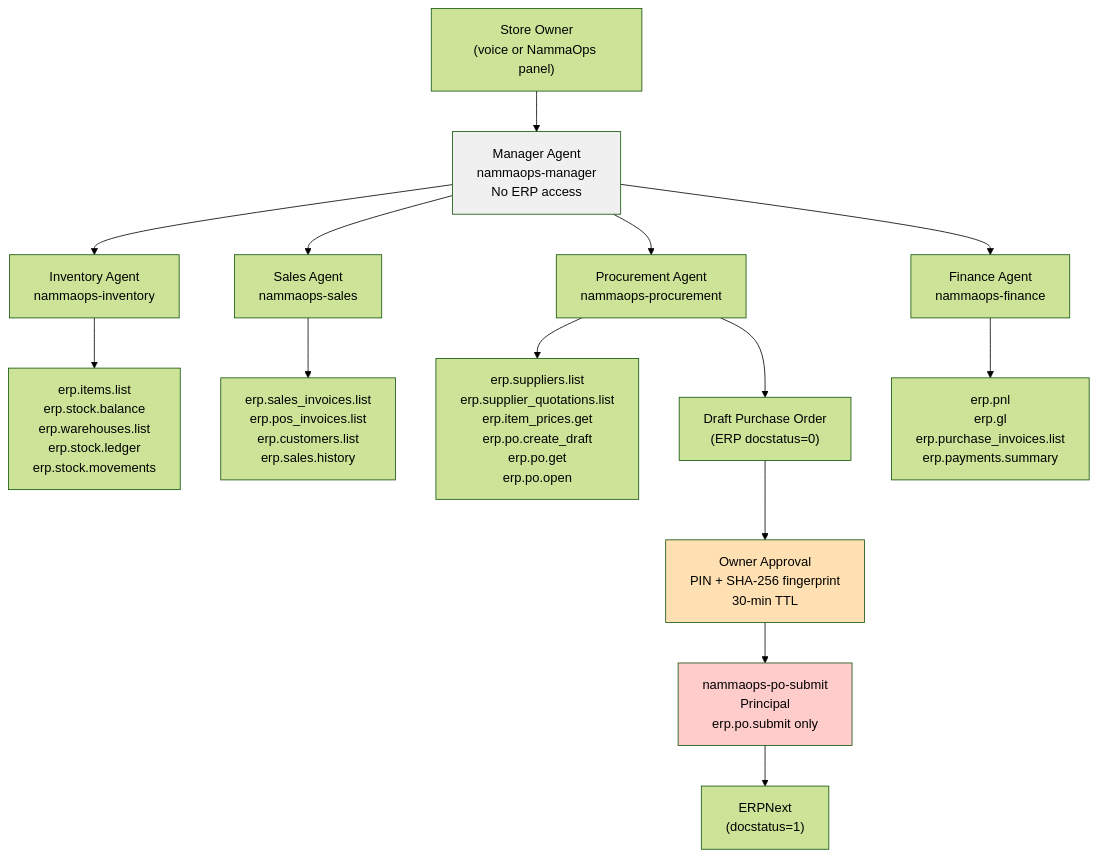
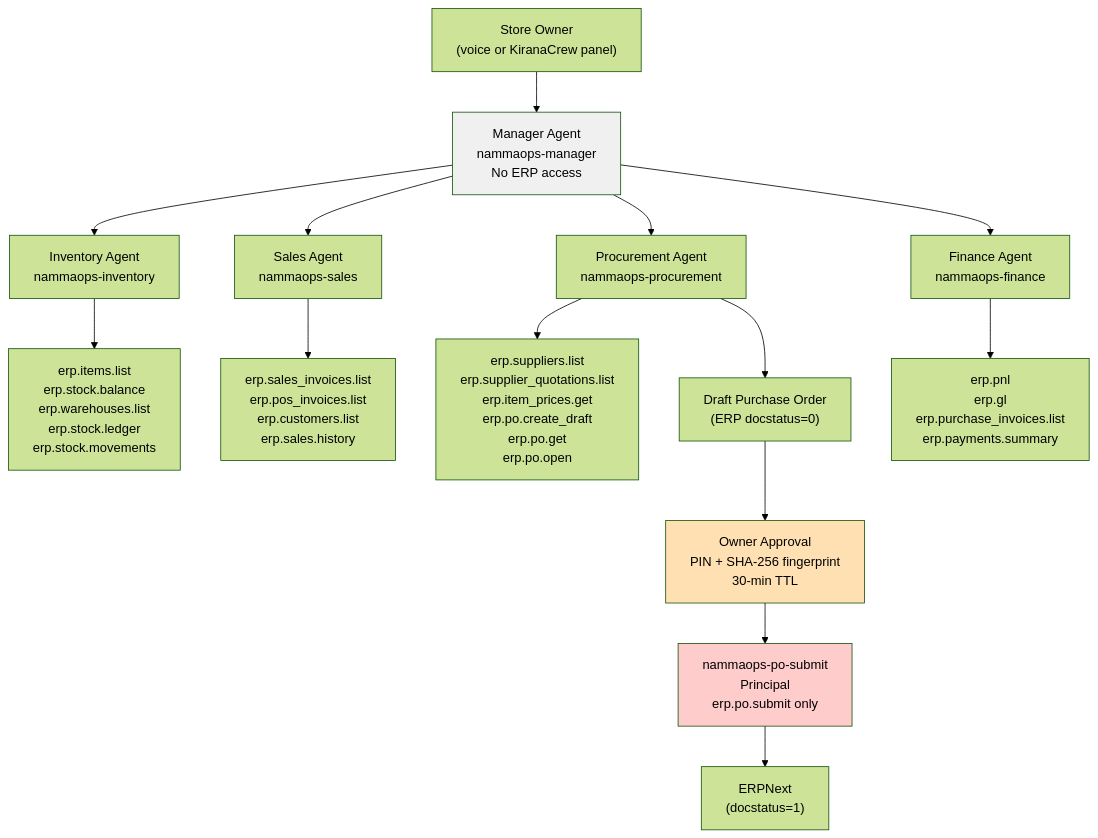
Before and after one commit to rajatnagda45/Kirana-Crew: the diagram in docs/KIRANACREW_AGENT_WORKFORCE.md, drawn with Mermaid (forest theme). The commit also changed other lines of this file and 32 other files, not shown here.

First line of the commit message:
refactor: rebrand all user-facing text to KiranaCrew

````diff
--- a/docs/KIRANACREW_AGENT_WORKFORCE.md
+++ b/docs/KIRANACREW_AGENT_WORKFORCE.md
@@ -19,25 +19,25 @@
 ```mermaid
 flowchart TD
-    Owner["Store Owner\n(voice or NammaOps panel)"] --> Manager
+    Owner["Store Owner\n(voice or KiranaCrew panel)"] --> Manager
 
     Manager["Manager Agent\nnammaops-manager\nNo ERP access"]
 
     Manager --> Inventory["Inventory Agent\nnammaops-inventory"]
     Manager --> Sales["Sales Agent\nnammaops-sales"]
     Manager --> Procurement["Procurement Agent\nnammaops-procurement"]
     Manager --> Finance["Finance Agent\nnammaops-finance"]
 
     Inventory --> ERP_I["erp.items.list\nerp.stock.balance\nerp.warehouses.list\nerp.stock.ledger\nerp.stock.movements"]
     Sales --> ERP_S["erp.sales_invoices.list\nerp.pos_invoices.list\nerp.customers.list\nerp.sales.history"]
     Procurement --> ERP_P["erp.suppliers.list\nerp.supplier_quotations.list\nerp.item_prices.get\nerp.po.create_draft\nerp.po.get\nerp.po.open"]
     Finance --> ERP_F["erp.pnl\nerp.gl\nerp.purchase_invoices.list\nerp.payments.summary"]
 
     Procurement --> PODraft["Draft Purchase Order\n(ERP docstatus=0)"]
     PODraft --> Approval["Owner Approval\nPIN + SHA-256 fingerprint\n30-min TTL"]
     Approval --> POSubmit["nammaops-po-submit\nPrincipal\nerp.po.submit only"]
     POSubmit --> ERPNext["ERPNext\n(docstatus=1)"]
 
     style Manager fill:#f0f0f0
     style Approval fill:#ffe0b2
     style POSubmit fill:#ffcccc
 ```
````
